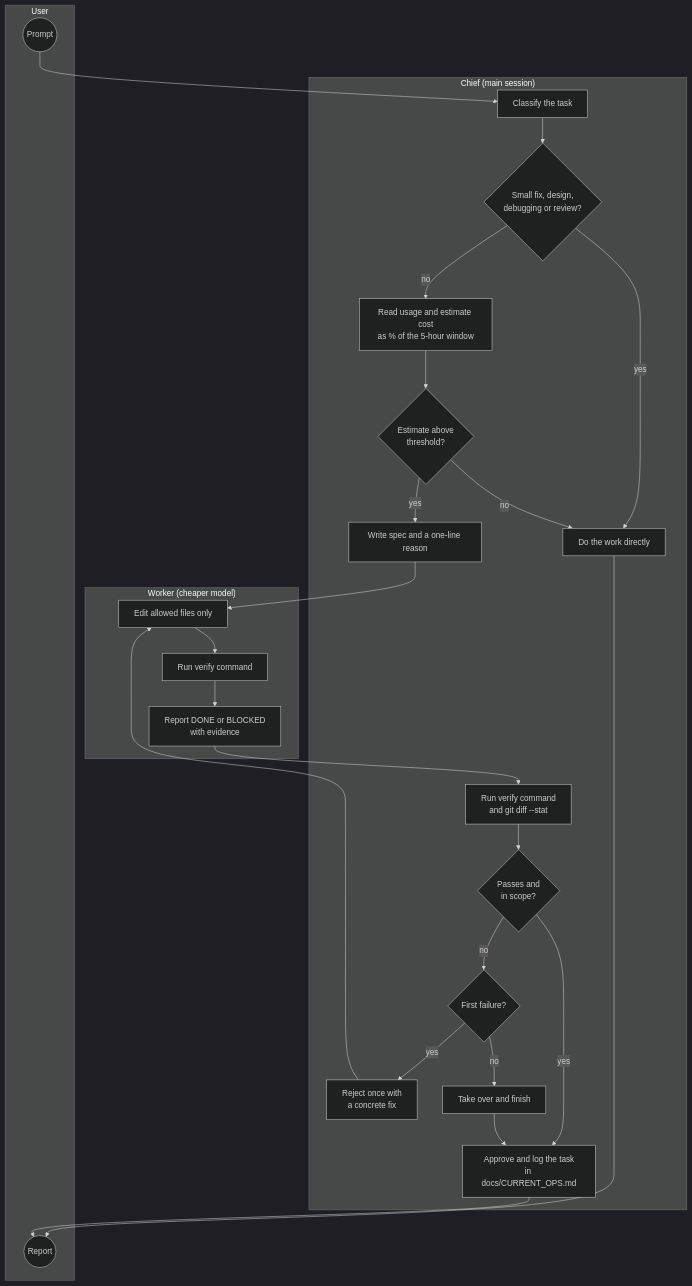
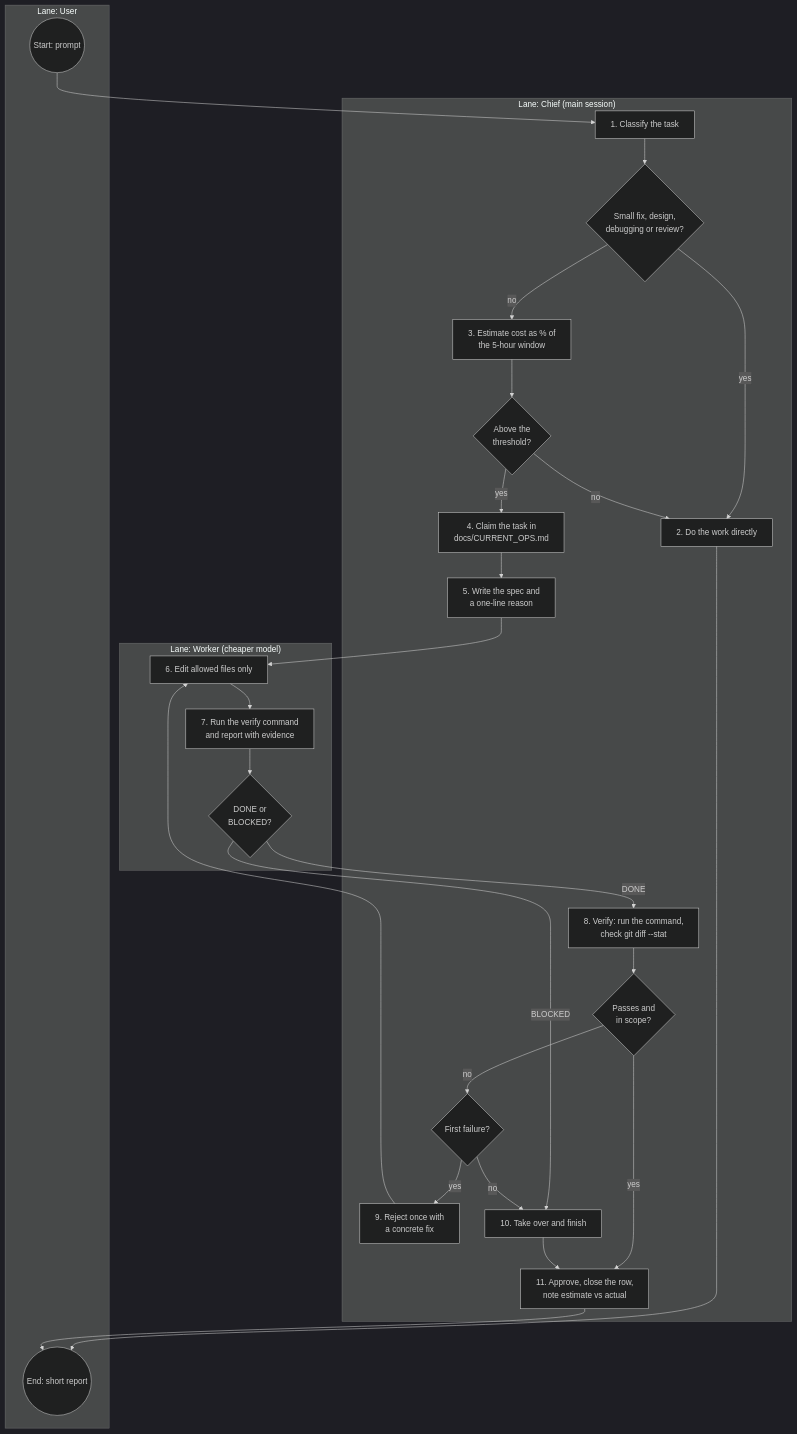
One commit to samsmon/genai-agentic-ops changed the third of 4 diagrams in README.md. Above: the diagram before and after it, drawn with Mermaid (dark theme). The commit also changed other lines of this file, not shown here.

````diff
--- a/README.md
+++ b/README.md
@@ -153,35 +168,38 @@
 ```mermaid
 flowchart TD
-    subgraph LU["User"]
-        S(("Prompt"))
-        E(("Report"))
+    subgraph LU["Lane: User"]
+        S(("Start: prompt"))
+        E(("End: short report"))
     end
-    subgraph LC["Chief (main session)"]
-        C1["Classify the task"]
+    subgraph LC["Lane: Chief (main session)"]
+        C1["1. Classify the task"]
         G1{"Small fix, design,<br/>debugging or review?"}
-        C2["Do the work directly"]
-        C3["Read usage and estimate cost<br/>as % of the 5-hour window"]
-        G2{"Estimate above<br/>threshold?"}
-        C4["Write spec and a one-line reason"]
-        C5["Run verify command<br/>and git diff --stat"]
+        C2["2. Do the work directly"]
+        C3["3. Estimate cost as % of<br/>the 5-hour window"]
+        G2{"Above the<br/>threshold?"}
+        C4["4. Claim the task in<br/>docs/CURRENT_OPS.md"]
+        C5["5. Write the spec and<br/>a one-line reason"]
+        C8["8. Verify: run the command,<br/>check git diff --stat"]
         G3{"Passes and<br/>in scope?"}
         G4{"First failure?"}
-        C6["Reject once with<br/>a concrete fix"]
-        C7["Take over and finish"]
-        C8["Approve and log the task<br/>in docs/CURRENT_OPS.md"]
+        C9["9. Reject once with<br/>a concrete fix"]
+        C10["10. Take over and finish"]
+        C11["11. Approve, close the row,<br/>note estimate vs actual"]
     end
-    subgraph LW["Worker (cheaper model)"]
-        W1["Edit allowed files only"]
-        W2["Run verify command"]
-        W3["Report DONE or BLOCKED<br/>with evidence"]
+    subgraph LW["Lane: Worker (cheaper model)"]
+        W6["6. Edit allowed files only"]
+        W7["7. Run the verify command<br/>and report with evidence"]
+        G5{"DONE or<br/>BLOCKED?"}
     end
     S --> C1 --> G1
     G1 -- yes --> C2 --> E
     G1 -- no --> C3 --> G2
     G2 -- no --> C2
-    G2 -- yes --> C4 --> W1 --> W2 --> W3 --> C5 --> G3
-    G3 -- yes --> C8 --> E
+    G2 -- yes --> C4 --> C5 --> W6 --> W7 --> G5
+    G5 -- DONE --> C8 --> G3
+    G5 -- BLOCKED --> C10
+    G3 -- yes --> C11 --> E
     G3 -- no --> G4
-    G4 -- yes --> C6 --> W1
-    G4 -- no --> C7 --> C8
+    G4 -- yes --> C9 --> W6
+    G4 -- no --> C10 --> C11
 ```
````
